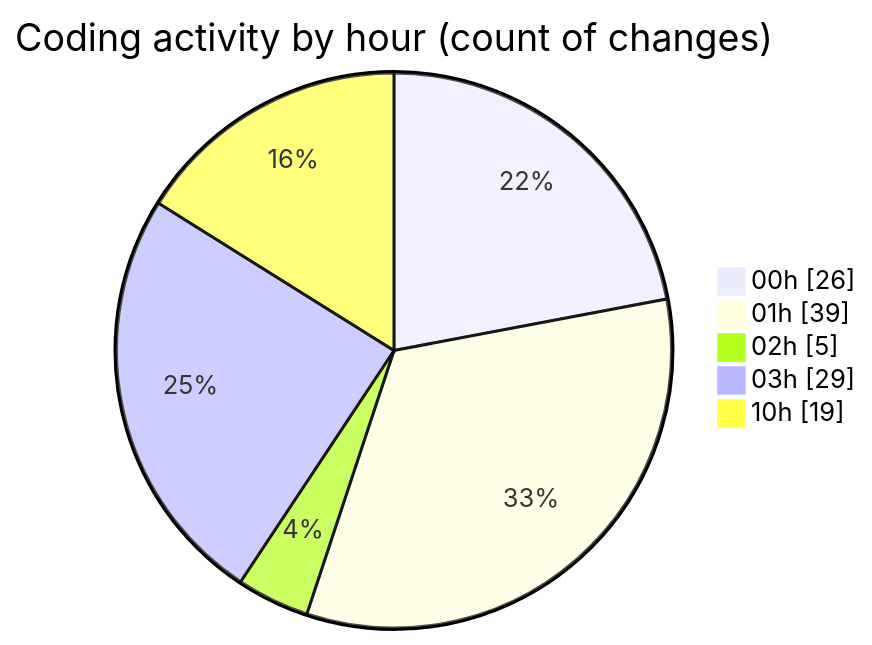
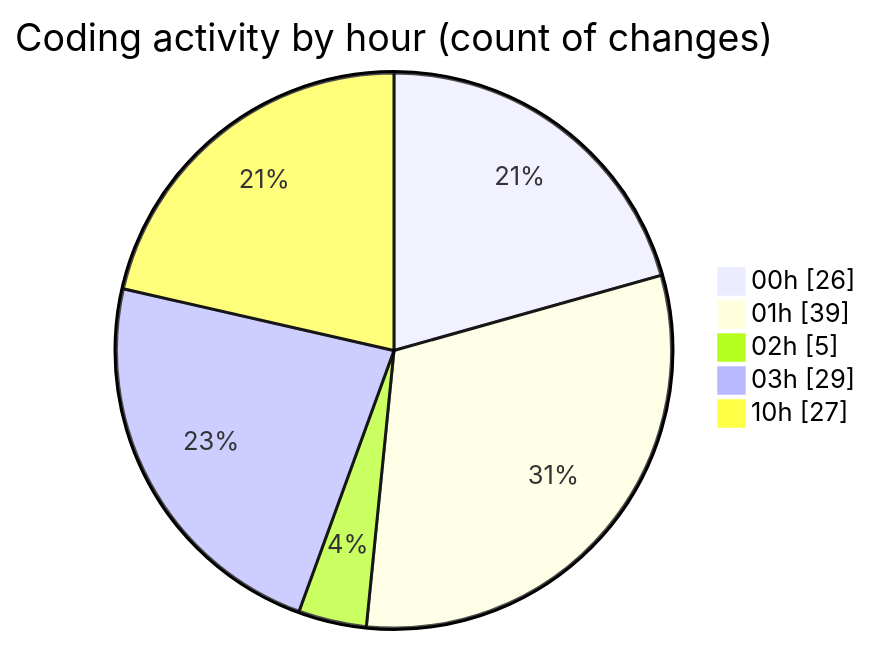
Before and after one commit to lephambinh05/code-tracking: the second of 2 diagrams in 2025-08-17/rentotp/README.md, drawn with Mermaid. The commit also changed other lines of this file and 1 other file, not shown here.

````diff
--- a/2025-08-17/rentotp/README.md
+++ b/2025-08-17/rentotp/README.md
@@ -62,9 +66,9 @@
 ```mermaid
 pie showData
 title Coding activity by hour (count of changes)
 "00h" : 26
 "01h" : 39
 "02h" : 5
 "03h" : 29
-"10h" : 19
+"10h" : 27
 ```
````
